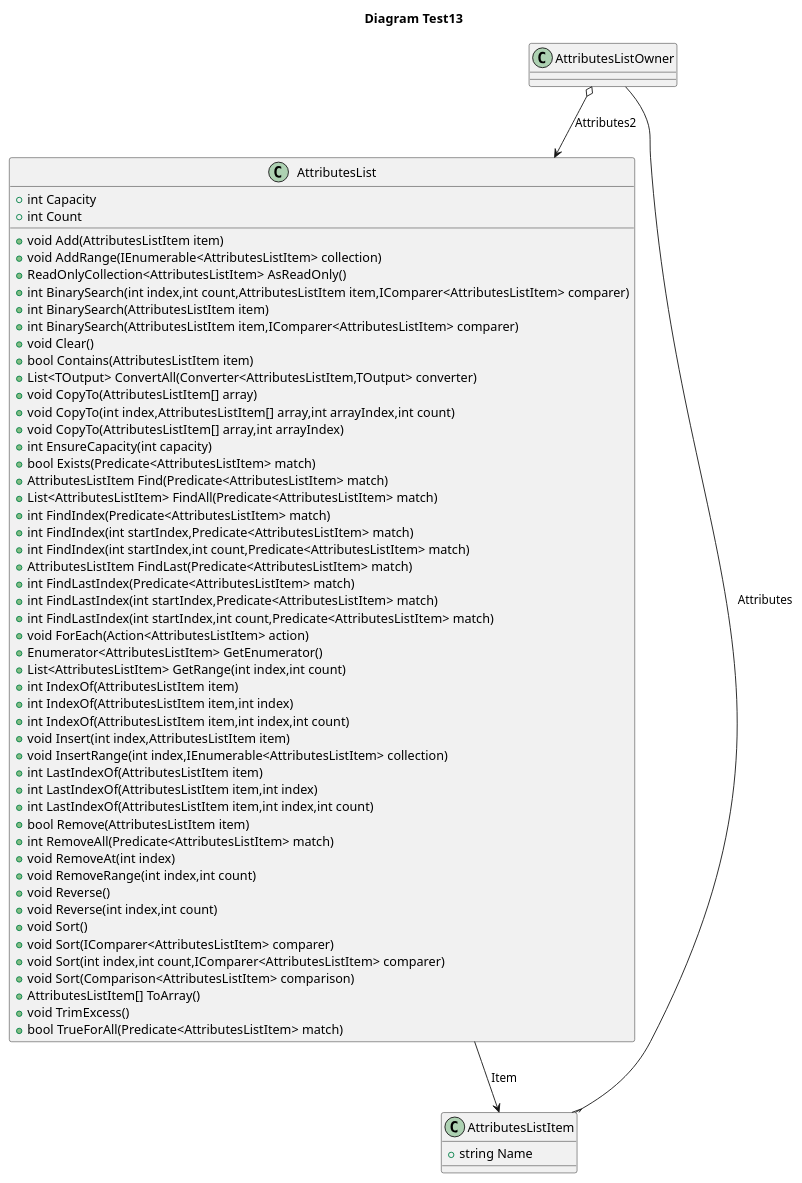
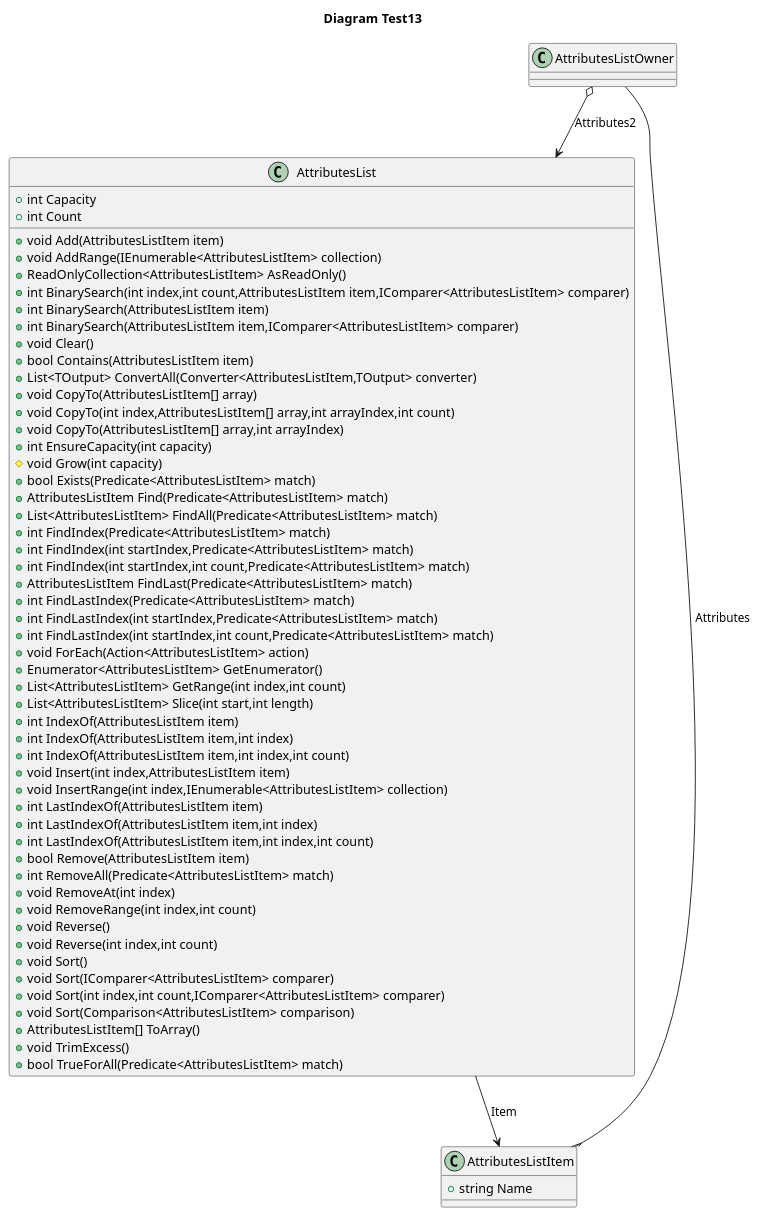
One commit to isukces/AutoUml changed the diagram in docs/testsResults/T13_Should_do_not_convert_collections.puml. Above: the diagram before and after it, drawn with PlantUML. The commit also changed 8 other files, not shown here.

```diff
--- a/docs/testsResults/T13_Should_do_not_convert_collections.puml
+++ b/docs/testsResults/T13_Should_do_not_convert_collections.puml
@@ -1,69 +1,71 @@
 @startuml
 title
  Diagram Test13
 end title
 
 class AttributesListOwner
 {
 }
 class AttributesList
 {
     +int Capacity
     +int Count
     +void Add(AttributesListItem item)
     +void AddRange(IEnumerable<AttributesListItem> collection)
     +ReadOnlyCollection<AttributesListItem> AsReadOnly()
     +int BinarySearch(int index,int count,AttributesListItem item,IComparer<AttributesListItem> comparer)
     +int BinarySearch(AttributesListItem item)
     +int BinarySearch(AttributesListItem item,IComparer<AttributesListItem> comparer)
     +void Clear()
     +bool Contains(AttributesListItem item)
     +List<TOutput> ConvertAll(Converter<AttributesListItem,TOutput> converter)
     +void CopyTo(AttributesListItem[] array)
     +void CopyTo(int index,AttributesListItem[] array,int arrayIndex,int count)
     +void CopyTo(AttributesListItem[] array,int arrayIndex)
     +int EnsureCapacity(int capacity)
+    #void Grow(int capacity)
     +bool Exists(Predicate<AttributesListItem> match)
     +AttributesListItem Find(Predicate<AttributesListItem> match)
     +List<AttributesListItem> FindAll(Predicate<AttributesListItem> match)
     +int FindIndex(Predicate<AttributesListItem> match)
     +int FindIndex(int startIndex,Predicate<AttributesListItem> match)
     +int FindIndex(int startIndex,int count,Predicate<AttributesListItem> match)
     +AttributesListItem FindLast(Predicate<AttributesListItem> match)
     +int FindLastIndex(Predicate<AttributesListItem> match)
     +int FindLastIndex(int startIndex,Predicate<AttributesListItem> match)
     +int FindLastIndex(int startIndex,int count,Predicate<AttributesListItem> match)
     +void ForEach(Action<AttributesListItem> action)
     +Enumerator<AttributesListItem> GetEnumerator()
     +List<AttributesListItem> GetRange(int index,int count)
+    +List<AttributesListItem> Slice(int start,int length)
     +int IndexOf(AttributesListItem item)
     +int IndexOf(AttributesListItem item,int index)
     +int IndexOf(AttributesListItem item,int index,int count)
     +void Insert(int index,AttributesListItem item)
     +void InsertRange(int index,IEnumerable<AttributesListItem> collection)
     +int LastIndexOf(AttributesListItem item)
     +int LastIndexOf(AttributesListItem item,int index)
     +int LastIndexOf(AttributesListItem item,int index,int count)
     +bool Remove(AttributesListItem item)
     +int RemoveAll(Predicate<AttributesListItem> match)
     +void RemoveAt(int index)
     +void RemoveRange(int index,int count)
     +void Reverse()
     +void Reverse(int index,int count)
     +void Sort()
     +void Sort(IComparer<AttributesListItem> comparer)
     +void Sort(int index,int count,IComparer<AttributesListItem> comparer)
     +void Sort(Comparison<AttributesListItem> comparison)
     +AttributesListItem[] ToArray()
     +void TrimExcess()
     +bool TrueForAll(Predicate<AttributesListItem> match)
 }
 class AttributesListItem
 {
     +string Name
 }
 
 AttributesListOwner --{ AttributesListItem:Attributes
 AttributesListOwner o--> AttributesList:Attributes2
 AttributesList --> AttributesListItem:Item
 @enduml
```
